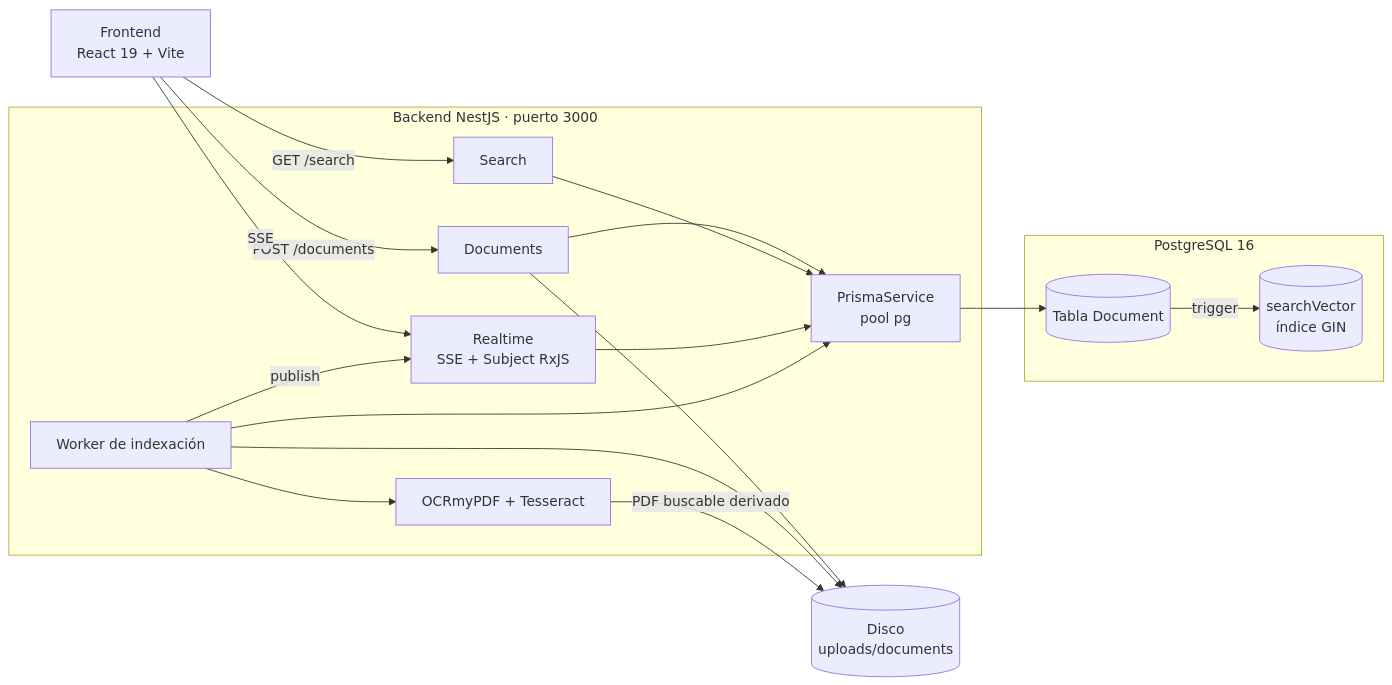
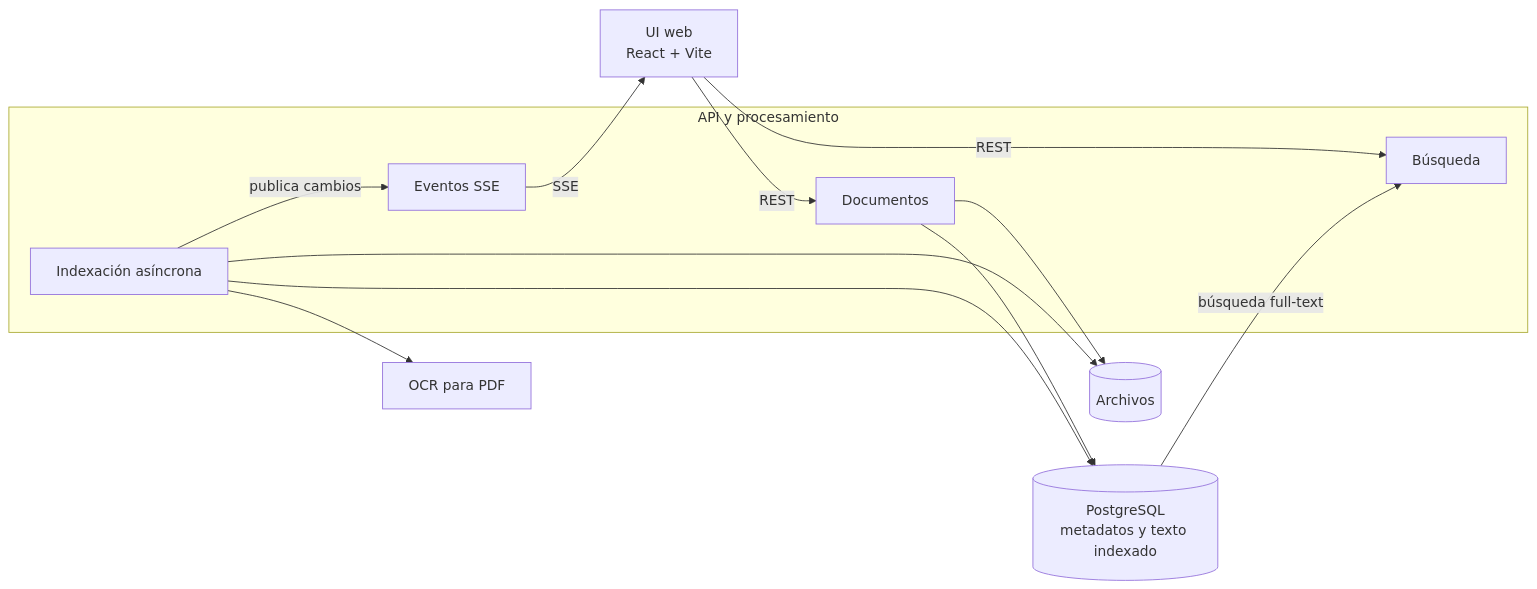
The first of 13 diagrams in docs/architecture.md (danseb93/davivienda-test), drawn with Mermaid before and after one commit. The commit also changed other lines of this file and 13 other files, not shown here.

First line of the commit message:
refactor: simplify realtime SSE and refactor CORS/Swagger configs

````diff
--- a/docs/architecture.md
+++ b/docs/architecture.md
@@ -15,38 +15,27 @@
 ```mermaid
 flowchart LR
-    FE["Frontend<br/>React 19 + Vite"]
+    UI["UI web<br/>React + Vite"]
 
-    subgraph API["Backend NestJS · puerto 3000"]
-        DOC["Documents"]
-        SRCH["Search"]
-        RT["Realtime<br/>SSE + Subject RxJS"]
-        IDX["Worker de indexación"]
-        OCR["OCRmyPDF + Tesseract"]
-        PRISMA["PrismaService<br/>pool pg"]
+    subgraph API["API y procesamiento"]
+        DOC["Documentos"]
+        SEARCH["Búsqueda"]
+        EVENTS["Eventos SSE"]
+        WORKER["Indexación asíncrona"]
     end
 
-    DISK[("Disco<br/>uploads/documents")]
+    FILES[("Archivos")]
+    OCR["OCR para PDF"]
+    DB[("PostgreSQL<br/>metadatos y texto indexado")]
 
-    subgraph PG["PostgreSQL 16"]
-        TBL[("Tabla Document")]
-        TS[("searchVector<br/>índice GIN")]
-    end
+    UI -->|REST| DOC
+    UI -->|REST| SEARCH
+    EVENTS -->|SSE| UI
 
-    FE -->|POST /documents| DOC
-    FE -->|GET /search| SRCH
-    FE -->|SSE| RT
-
-    DOC --> PRISMA
-    SRCH --> PRISMA
-    RT --> PRISMA
-    IDX --> PRISMA
-    IDX -->|publish| RT
-    IDX --> OCR
-
-    DOC --> DISK
-    IDX --> DISK
-    OCR -->|PDF buscable derivado| DISK
-
-    PRISMA --> TBL
-    TBL -->|trigger| TS
+    DOC --> DB
+    DOC --> FILES
+    WORKER --> DB
+    WORKER --> FILES
+    WORKER --> OCR
+    WORKER -->|publica cambios| EVENTS
+    DB -->|búsqueda full-text| SEARCH
 ```
````
